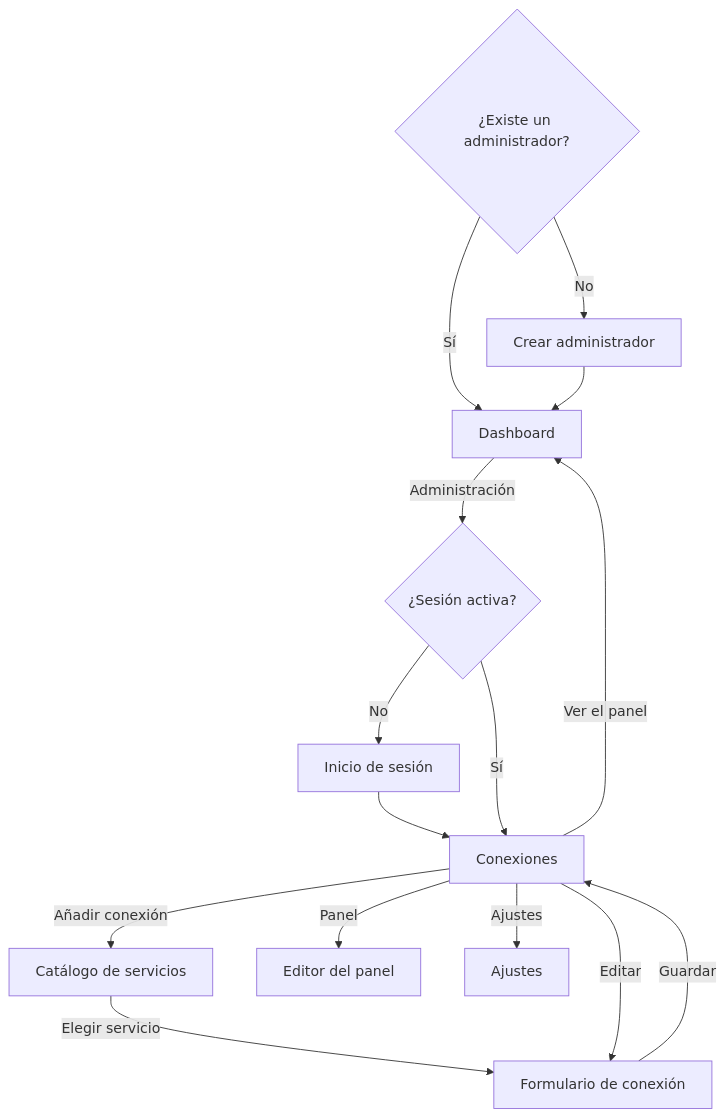
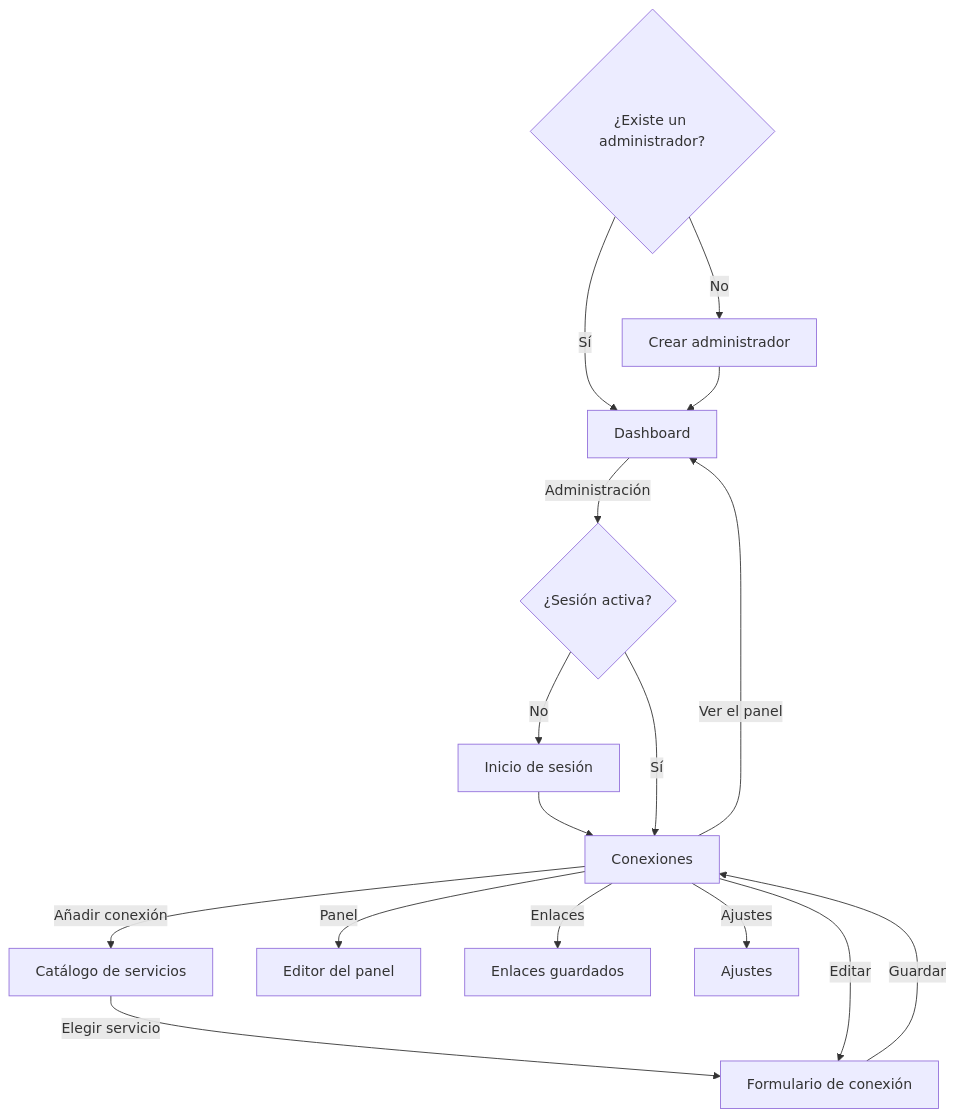
The diagram in docs/proyecto/03-diseno-funcional.md (izakdev/talaia), drawn with Mermaid before and after one commit. The commit also changed other lines of this file and 65 other files, not shown here.

First line of the commit message:
Añade enlaces guardados en grupos y accesos a elegir (hito 20)

````diff
--- a/docs/proyecto/03-diseno-funcional.md
+++ b/docs/proyecto/03-diseno-funcional.md
@@ -5,18 +5,19 @@
 ```mermaid
 flowchart TD
     Start{¿Existe un administrador?}
     Start -->|No| Setup[Crear administrador]
     Start -->|Sí| Dash[Dashboard]
     Setup --> Dash
     Dash -->|Administración| Auth{¿Sesión activa?}
     Auth -->|No| Login[Inicio de sesión]
     Login --> Conn[Conexiones]
     Auth -->|Sí| Conn
     Conn -->|Añadir conexión| Cat[Catálogo de servicios]
     Cat -->|Elegir servicio| Form[Formulario de conexión]
     Conn -->|Editar| Form
     Form -->|Guardar| Conn
     Conn -->|Ver el panel| Dash
     Conn -->|Panel| Ed[Editor del panel]
+    Conn -->|Enlaces| Links[Enlaces guardados]
     Conn -->|Ajustes| Set[Ajustes]
 ```
````
